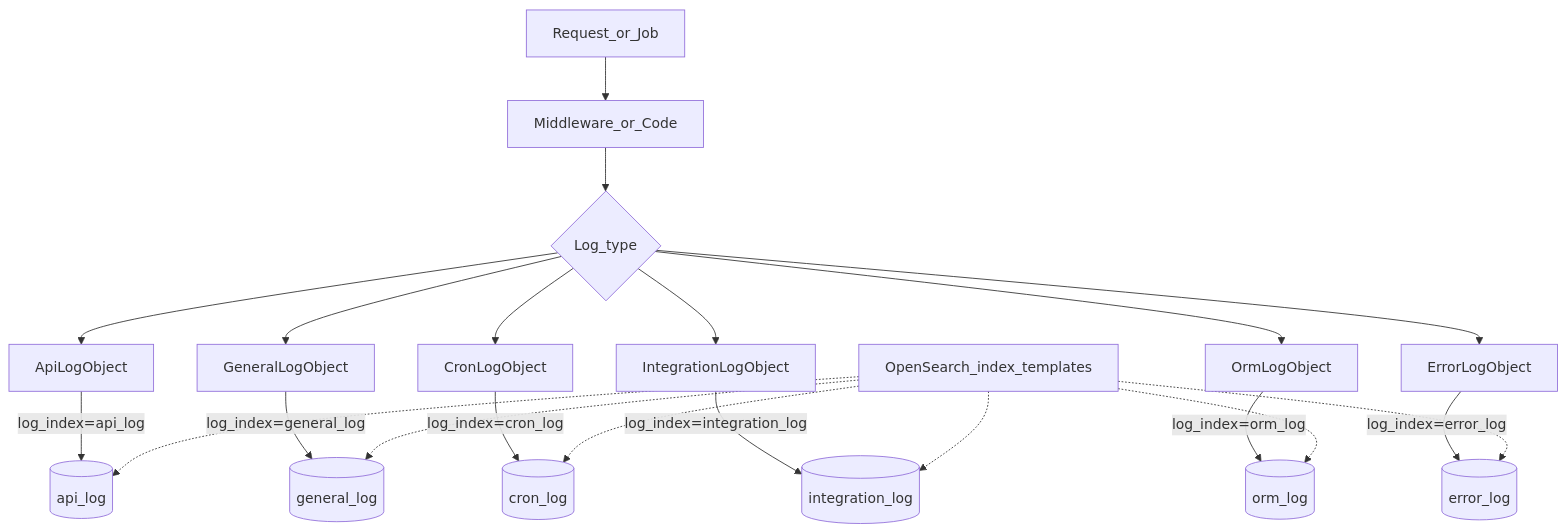
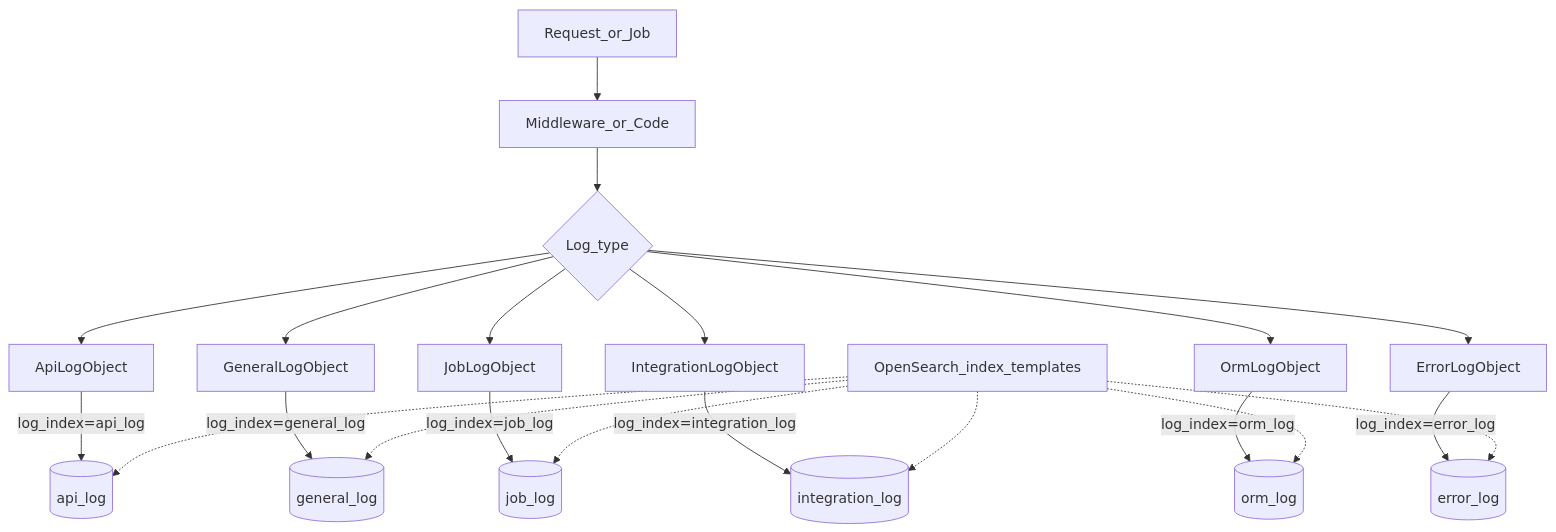
The diagram in docs/opensearch-indices-diagram.md (DoubleStar93/laravel-logger), drawn with Mermaid before and after one commit. The commit also changed 37 other files, not shown here.

````diff
--- a/docs/opensearch-indices-diagram.md
+++ b/docs/opensearch-indices-diagram.md
@@ -5,26 +5,26 @@
 ```mermaid
 flowchart TB
   Request[Request_or_Job] --> Source[Middleware_or_Code]
   Source --> Type{Log_type}
 
   Type --> Api[ApiLogObject]
   Type --> General[GeneralLogObject]
-  Type --> Cron[CronLogObject]
+  Type --> Job[JobLogObject]
   Type --> Integration[IntegrationLogObject]
   Type --> Orm[OrmLogObject]
   Type --> Err[ErrorLogObject]
 
   Api -->|"log_index=api_log"| OS_api[(api_log)]
   General -->|"log_index=general_log"| OS_general[(general_log)]
-  Cron -->|"log_index=cron_log"| OS_cron[(cron_log)]
+  Job -->|"log_index=job_log"| OS_job[(job_log)]
   Integration -->|"log_index=integration_log"| OS_integration[(integration_log)]
   Orm -->|"log_index=orm_log"| OS_orm[(orm_log)]
   Err -->|"log_index=error_log"| OS_error[(error_log)]
 
   Templates[OpenSearch_index_templates] -.-> OS_api
   Templates -.-> OS_general
-  Templates -.-> OS_cron
+  Templates -.-> OS_job
   Templates -.-> OS_integration
   Templates -.-> OS_orm
   Templates -.-> OS_error
 ```
````
